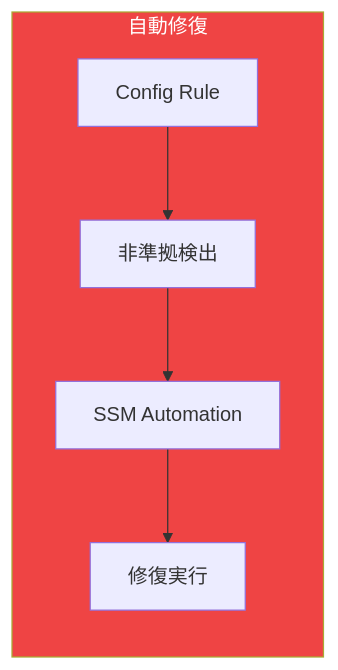
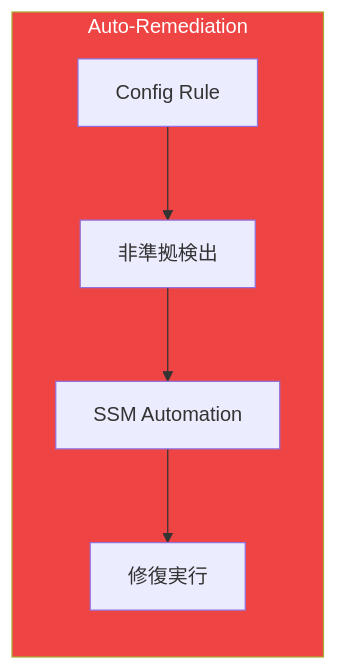
Before and after one commit to shunkus/shunku.net: the fourth of 6 diagrams in content/blog/ja/aws-config-deep-dive.md, drawn with Mermaid. The commit also changed other lines of this file and 56 other files, not shown here.

````diff
--- a/content/blog/ja/aws-config-deep-dive.md
+++ b/content/blog/ja/aws-config-deep-dive.md
@@ -262,15 +262,15 @@
 ```mermaid
 flowchart LR
-    subgraph Remediation["自動修復"]
+    subgraph Remediation["Auto-Remediation"]
         Rule["Config Rule"]
         Detect["非準拠検出"]
         SSM["SSM Automation"]
         Fix["修復実行"]
     end
 
     Rule --> Detect
     Detect --> SSM
     SSM --> Fix
 
     style Remediation fill:#ef4444,color:#fff
 ```
````
